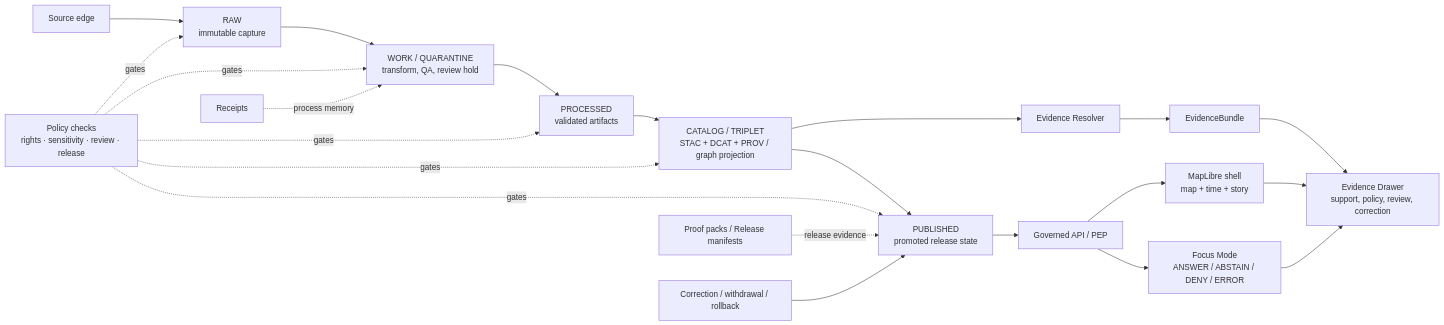
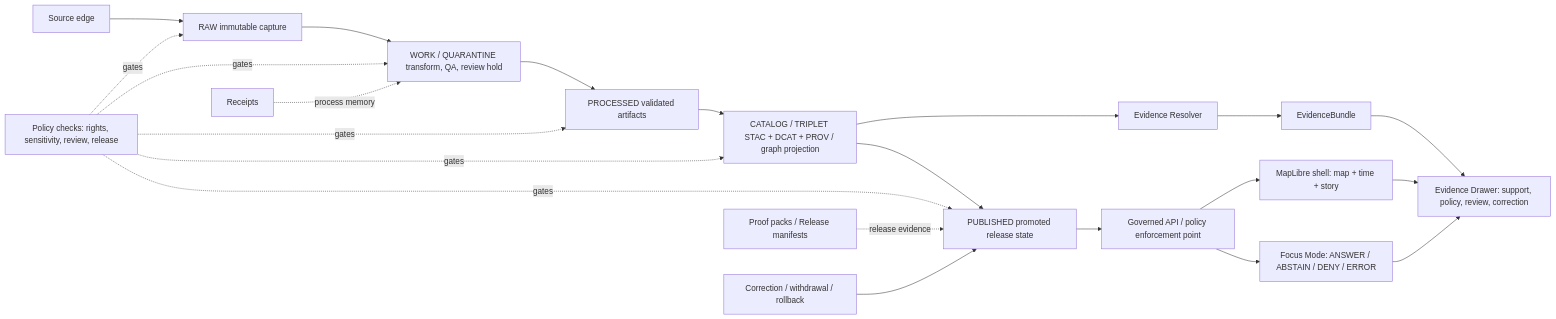
The diagram in docs/architecture/README.md (bartytime4life/Kansas-Frontier-Matrix), drawn with Mermaid before and after one commit. The commit also changed other lines of this file, not shown here.

First line of the commit message:
Revise architecture README with updated metadata

````diff
--- a/docs/architecture/README.md
+++ b/docs/architecture/README.md
@@ -205,29 +186,24 @@
 ```mermaid
 flowchart LR
-    SE["Source edge"] --> RAW["RAW<br/>immutable capture"]
-    RAW --> WQ["WORK / QUARANTINE<br/>transform, QA, review hold"]
-    WQ --> PR["PROCESSED<br/>validated artifacts"]
-    PR --> CAT["CATALOG / TRIPLET<br/>STAC + DCAT + PROV / graph projection"]
-    CAT --> PUB["PUBLISHED<br/>promoted release state"]
-
-    PUB --> API["Governed API / PEP"]
-    CAT --> ER["Evidence Resolver"]
-    ER --> EB["EvidenceBundle"]
-
-    API --> MAP["MapLibre shell<br/>map + time + story"]
-    API --> FOCUS["Focus Mode<br/>ANSWER / ABSTAIN / DENY / ERROR"]
-    EB --> DRAWER["Evidence Drawer<br/>support, policy, review, correction"]
-
-    MAP --> DRAWER
-    FOCUS --> DRAWER
-
-    POL["Policy checks<br/>rights · sensitivity · review · release"] -. gates .-> RAW
-    POL -. gates .-> WQ
-    POL -. gates .-> PR
-    POL -. gates .-> CAT
-    POL -. gates .-> PUB
-
-    REC["Receipts"] -. process memory .-> WQ
-    PROOF["Proof packs / Release manifests"] -. release evidence .-> PUB
-    CORR["Correction / withdrawal / rollback"] --> PUB
+  SE[Source edge] --> RAW[RAW immutable capture]
+  RAW --> WQ[WORK / QUARANTINE transform, QA, review hold]
+  WQ --> PR[PROCESSED validated artifacts]
+  PR --> CAT[CATALOG / TRIPLET STAC + DCAT + PROV / graph projection]
+  CAT --> PUB[PUBLISHED promoted release state]
+  PUB --> API[Governed API / policy enforcement point]
+  CAT --> ER[Evidence Resolver]
+  ER --> EB[EvidenceBundle]
+  API --> MAP[MapLibre shell: map + time + story]
+  API --> FOCUS[Focus Mode: ANSWER / ABSTAIN / DENY / ERROR]
+  EB --> DRAWER[Evidence Drawer: support, policy, review, correction]
+  MAP --> DRAWER
+  FOCUS --> DRAWER
+  POL[Policy checks: rights, sensitivity, review, release] -. gates .-> RAW
+  POL -. gates .-> WQ
+  POL -. gates .-> PR
+  POL -. gates .-> CAT
+  POL -. gates .-> PUB
+  REC[Receipts] -. process memory .-> WQ
+  PROOF[Proof packs / Release manifests] -. release evidence .-> PUB
+  CORR[Correction / withdrawal / rollback] --> PUB
 ```
````
